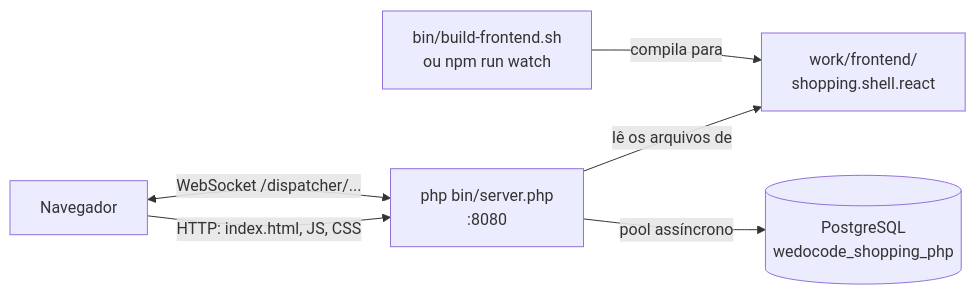
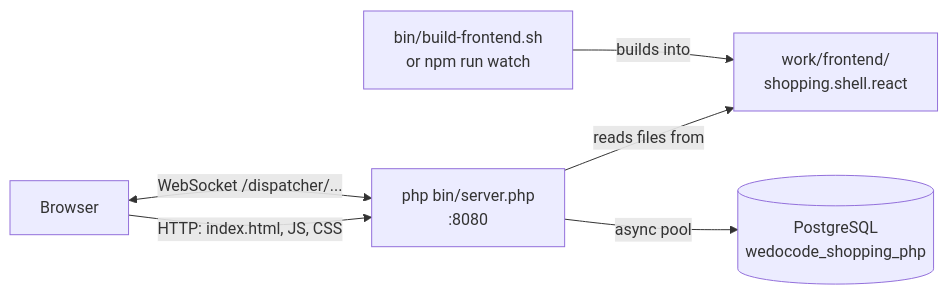
Before and after one commit to mrcdom/wdc-cube-php: the first of 2 diagrams in docs/dev/setup-local.md, drawn with Mermaid. The commit also changed other lines of this file and 303 other files, not shown here.

````diff
--- a/docs/dev/setup-local.md
+++ b/docs/dev/setup-local.md
@@ -14,8 +14,8 @@
 ```mermaid
 flowchart LR
-    B["Navegador"] -- "HTTP: index.html, JS, CSS" --> S["php bin/server.php<br/>:8080"]
+    B["Browser"] -- "HTTP: index.html, JS, CSS" --> S["php bin/server.php<br/>:8080"]
     B <-- "WebSocket /dispatcher/..." --> S
-    S -- "lê os arquivos de" --> F["work/frontend/<br/>shopping.shell.react"]
-    S -- "pool assíncrono" --> PG[("PostgreSQL<br/>wedocode_shopping_php")]
-    N["bin/build-frontend.sh<br/>ou npm run watch"] -- "compila para" --> F
+    S -- "reads files from" --> F["work/frontend/<br/>shopping.shell.react"]
+    S -- "async pool" --> PG[("PostgreSQL<br/>wedocode_shopping_php")]
+    N["bin/build-frontend.sh<br/>or npm run watch"] -- "builds into" --> F
 ```
````
